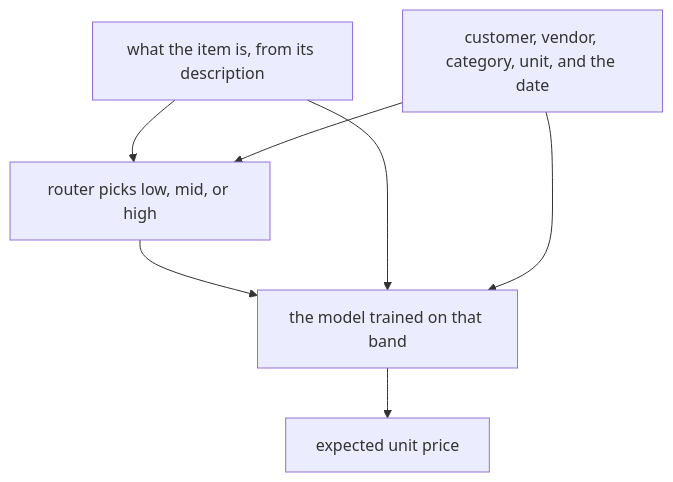
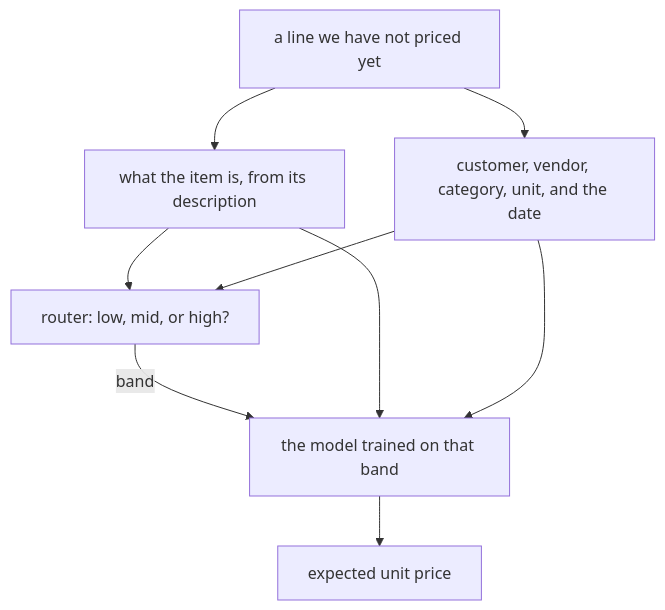
The second of 2 diagrams in README.md (Eligoze75/ds-take-home-assignment), drawn with Mermaid before and after one commit.

````diff
--- a/README.md
+++ b/README.md
@@ -271,11 +271,12 @@
 ```mermaid
 flowchart TD
-    desc["what the item is, from its description"]
-    who["customer, vendor, category, unit, and the date"]
-    desc --> router["router picks low, mid, or high"]
+    line["a line we have not priced yet"] --> desc["what the item is, from its description"]
+    line --> who["customer, vendor, category, unit, and the date"]
+    desc --> router["router: low, mid, or high?"]
     who --> router
-    router --> expert["the model trained on that band"]
+    router -->|"band"| expert["the model trained on that band"]
     desc --> expert
     who --> expert
     expert --> price["expected unit price"]
+
 ```
````
